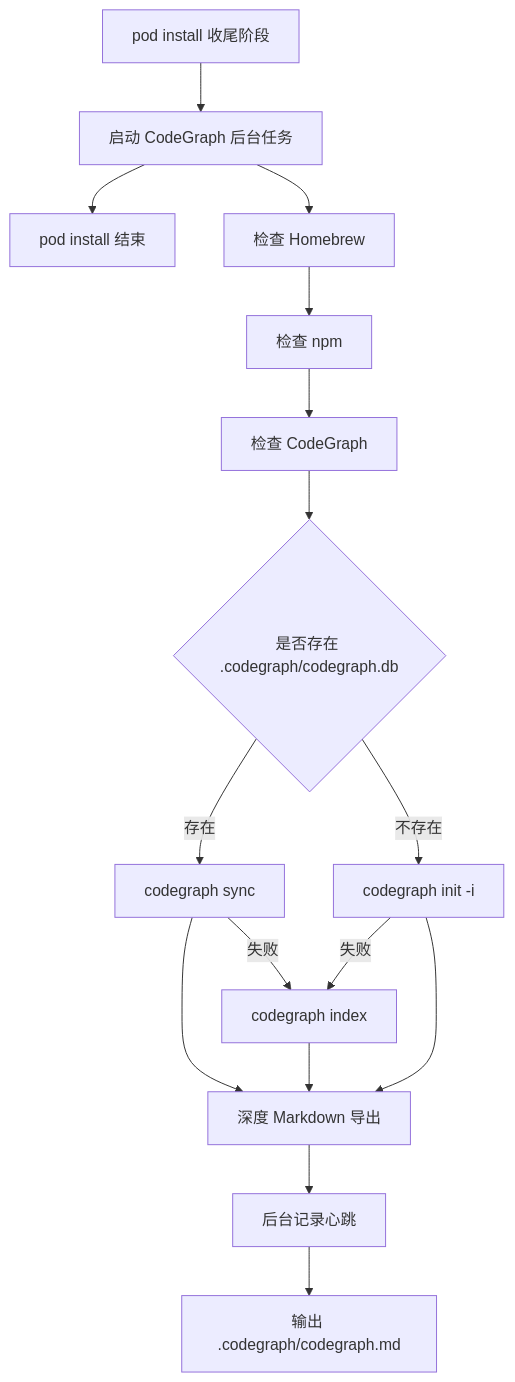
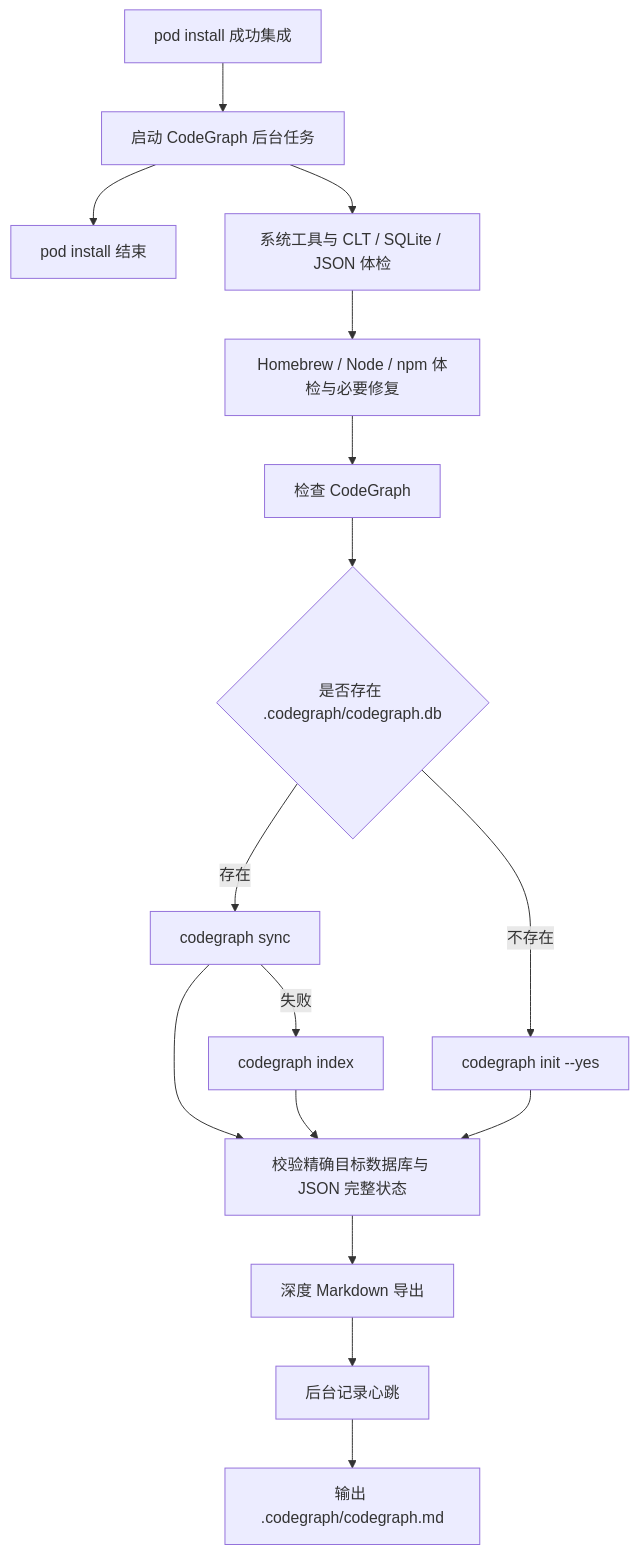
The diagram in ScriptsByPods/codegraph_init.command/README.md (JobsKits/JobsOCBaseConfigDemo), drawn with Mermaid before and after one commit. The commit also changed other lines of this file and 116 other files, not shown here.

````diff
--- a/ScriptsByPods/codegraph_init.command/README.md
+++ b/ScriptsByPods/codegraph_init.command/README.md
@@ -38,18 +50,18 @@
 ```mermaid
 flowchart TD
-  A[pod install 收尾阶段] --> B[启动 CodeGraph 后台任务]
+  A[pod install 成功集成] --> B[启动 CodeGraph 后台任务]
   B --> C[pod install 结束]
-  B --> D[检查 Homebrew]
-  D --> E[检查 npm]
+  B --> D[系统工具与 CLT / SQLite / JSON 体检]
+  D --> E[Homebrew / Node / npm 体检与必要修复]
   E --> F[检查 CodeGraph]
   F --> G{是否存在 .codegraph/codegraph.db}
   G -->|存在| H[codegraph sync]
   H -->|失败| I[codegraph index]
-  G -->|不存在| J[codegraph init -i]
-  J -->|失败| I
-  H --> K[深度 Markdown 导出]
-  I --> K
-  J --> K
+  G -->|不存在| J[codegraph init --yes]
+  H --> V[校验精确目标数据库与 JSON 完整状态]
+  I --> V
+  J --> V
+  V --> K[深度 Markdown 导出]
   K --> L[后台记录心跳]
   L --> M[输出 .codegraph/codegraph.md]
 ```
````
